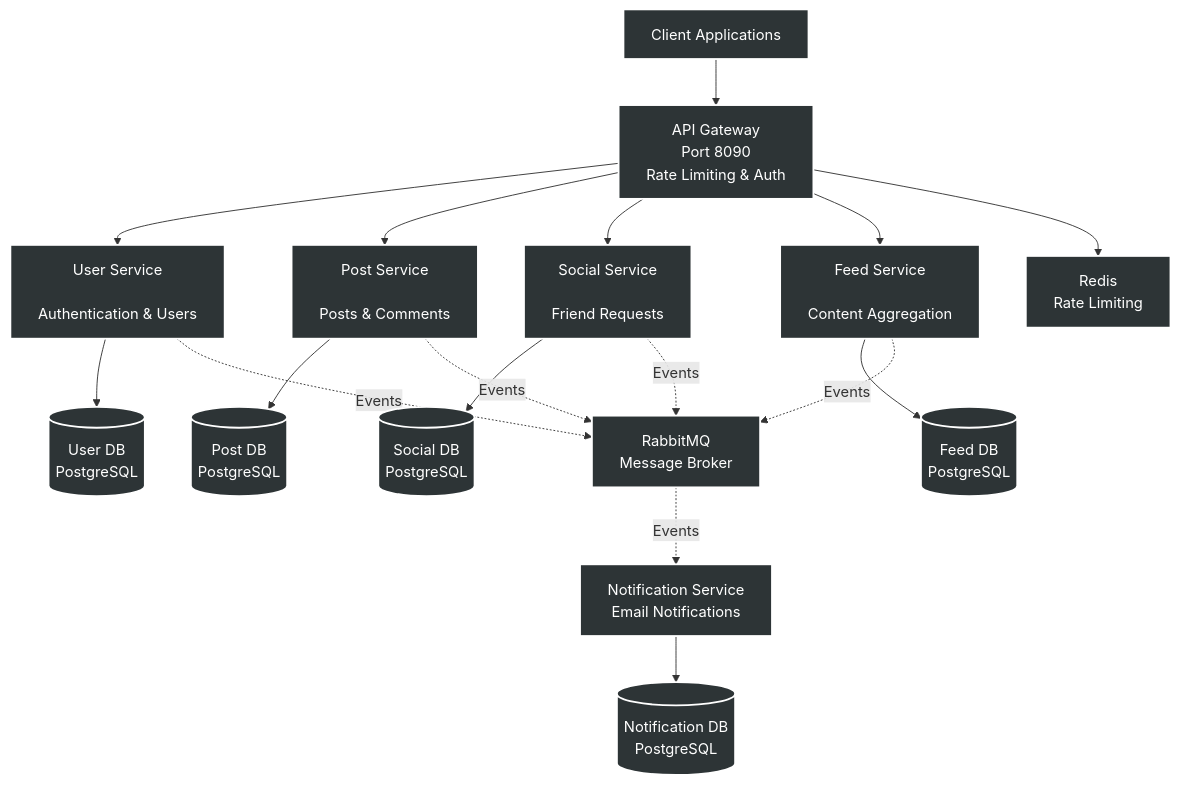
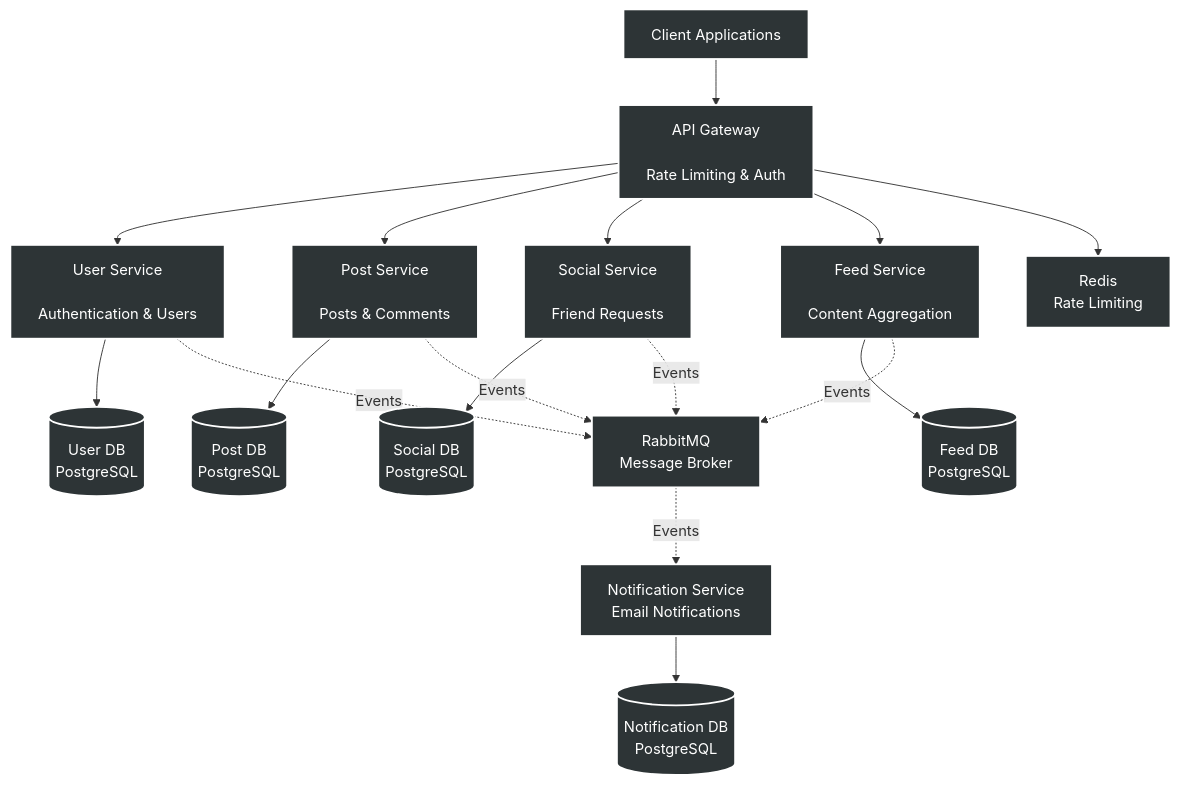
Before and after one commit to Juangmz7/Gaze-app: the first of 3 diagrams in README.md, drawn with Mermaid.

Commit message:
Fix formatting in API Gateway description

````diff
--- a/README.md
+++ b/README.md
@@ -9,28 +9,28 @@
 ```mermaid
 graph TB
     %% Global style: Dark background, White text, White border
     classDef default fill:#2d3436,stroke:#ffffff,stroke-width:2px,color:#ffffff
 
     Client["Client Applications"]
     
-    Client --> Gateway["API Gateway<br/>Port 8090<br/>Rate Limiting & Auth"]
+    Client --> Gateway["API Gateway<br/><br/>Rate Limiting & Auth"]
     
     Gateway --> UserSvc["User Service<br/><br/>Authentication & Users"]
     Gateway --> PostSvc["Post Service<br/><br/>Posts & Comments"]
     Gateway --> SocialSvc["Social Service<br/><br/>Friend Requests"]
     Gateway --> FeedSvc["Feed Service<br/><br/>Content Aggregation"]
     
     UserSvc --> UserDB[("User DB<br/>PostgreSQL")]
     PostSvc --> PostDB[("Post DB<br/>PostgreSQL")]
     SocialSvc --> SocialDB[("Social DB<br/>PostgreSQL")]
     FeedSvc --> FeedDB[("Feed DB<br/>PostgreSQL")]
     NotifSvc["Notification Service<br/>Email Notifications"] --> NotifDB[("Notification DB<br/>PostgreSQL")]
     
     UserSvc -.->|Events| RabbitMQ["RabbitMQ<br/>Message Broker"]
     PostSvc -.->|Events| RabbitMQ
     SocialSvc -.->|Events| RabbitMQ
     FeedSvc -.->|Events| RabbitMQ
     RabbitMQ -.->|Events| NotifSvc
     
     Gateway --> Redis["Redis<br/>Rate Limiting"]
 ```
````
